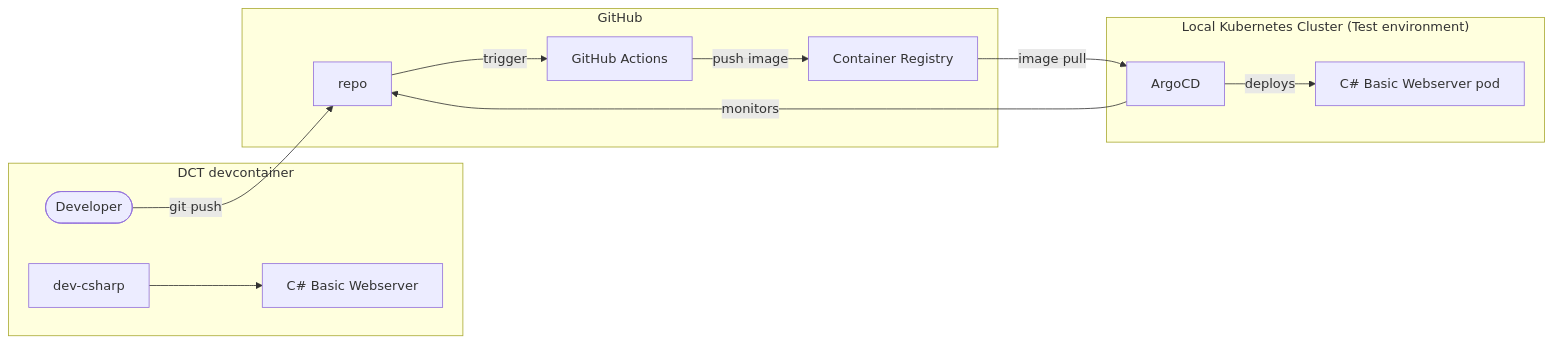
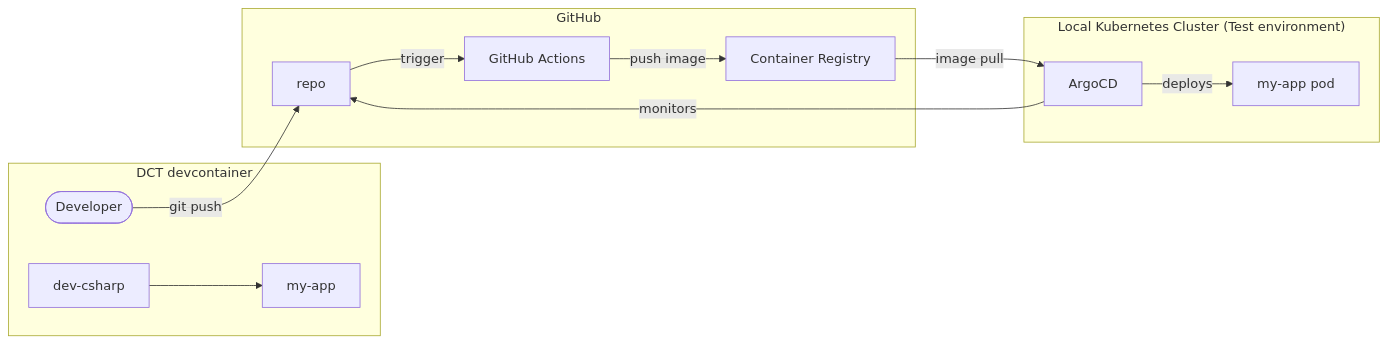
One commit to helpers-no/dev-templates changed the diagram in website/docs/templates/basic-web-server/csharp-basic-webserver.mdx. Above: the diagram before and after it, drawn with Mermaid. The commit also changed other lines of this file and 33 other files, not shown here.

First line of the commit message:
Schema cleanup: kill summary, split quickstart, add params/prerequisites/abstracts

````diff
--- a/website/docs/templates/basic-web-server/csharp-basic-webserver.mdx
+++ b/website/docs/templates/basic-web-server/csharp-basic-webserver.mdx
@@ -45,25 +45,25 @@
 ```mermaid
 flowchart LR
     subgraph dct["DCT devcontainer"]
         dev(["Developer"])
         dev_csharp["dev-csharp"]
-        app["C# Basic Webserver"]
+        app["my-app"]
     end
     subgraph k8s["Local Kubernetes Cluster (Test environment)"]
         argo["ArgoCD"]
-        pod["C# Basic Webserver pod"]
+        pod["my-app pod"]
     end
     subgraph gh["GitHub"]
         repo["repo"]
         actions["GitHub Actions"]
         ghcr["Container Registry"]
     end
 
     dev_csharp --> app
     dev -->|git push| repo
     repo -->|trigger| actions
     actions -->|push image| ghcr
     argo -->|monitors| repo
     ghcr -->|image pull| argo
     argo -->|deploys| pod
 ```
````
